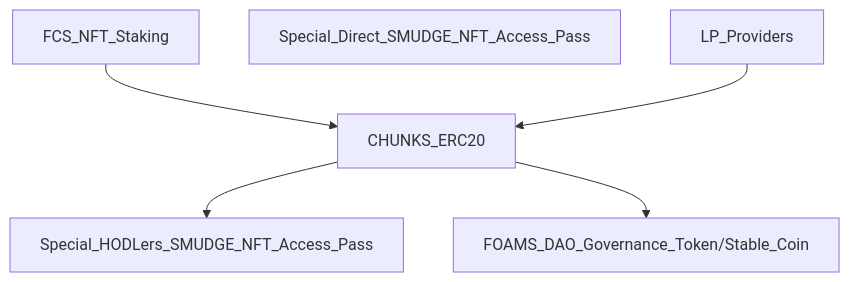
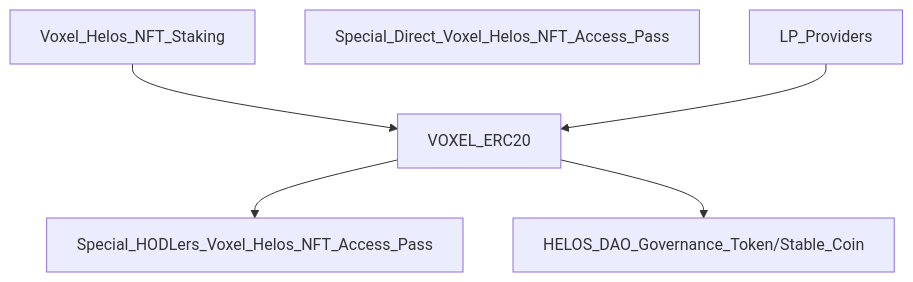
Before and after one commit to WrappedUsername/Web-Dev-Notes: the second of 2 diagrams in White Papers/VH NFT/README.md, drawn with Mermaid. The commit also changed other lines of this file, not shown here.

````diff
--- a/White Papers/VH NFT/README.md
+++ b/White Papers/VH NFT/README.md
@@ -63,9 +53,8 @@
 ```mermaid
 graph TD;
-FCS_NFT_Staking-->CHUNKS_ERC20
-Special_Direct_SMUDGE_NFT_Access_Pass
-LP_Providers-->CHUNKS_ERC20
-CHUNKS_ERC20-->Special_HODLers_SMUDGE_NFT_Access_Pass
-CHUNKS_ERC20-->FOAMS_DAO_Governance_Token/Stable_Coin
-
+Voxel_Helos_NFT_Staking-->VOXEL_ERC20
+Special_Direct_Voxel_Helos_NFT_Access_Pass
+LP_Providers-->VOXEL_ERC20
+VOXEL_ERC20-->Special_HODLers_Voxel_Helos_NFT_Access_Pass
+VOXEL_ERC20-->HELOS_DAO_Governance_Token/Stable_Coin
 ```
````
